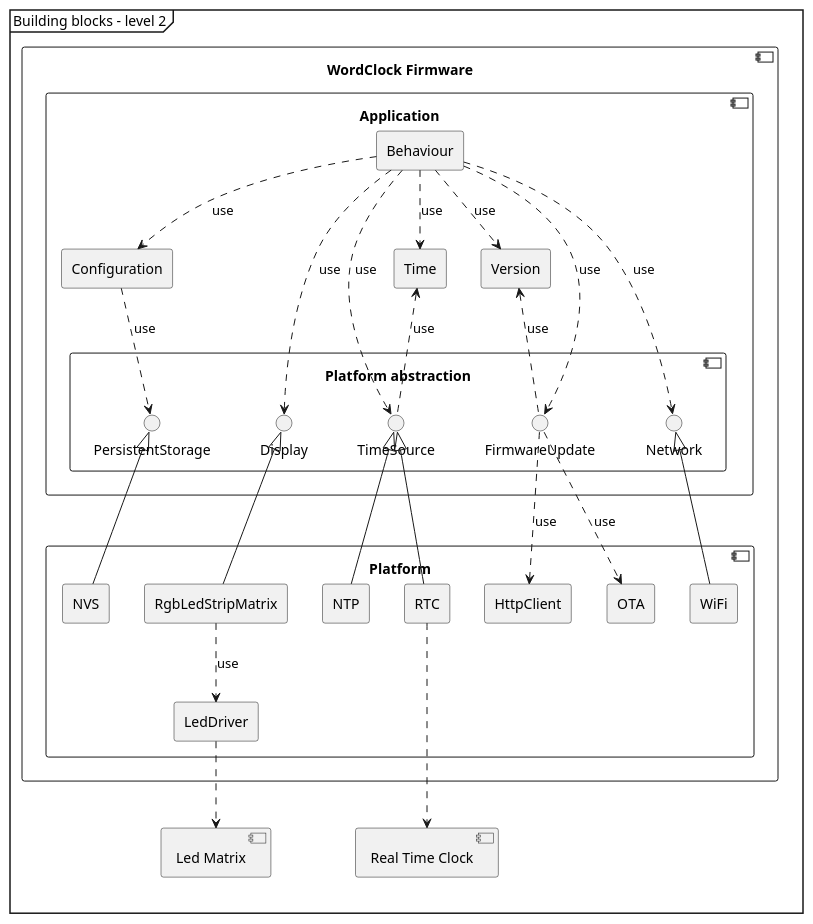
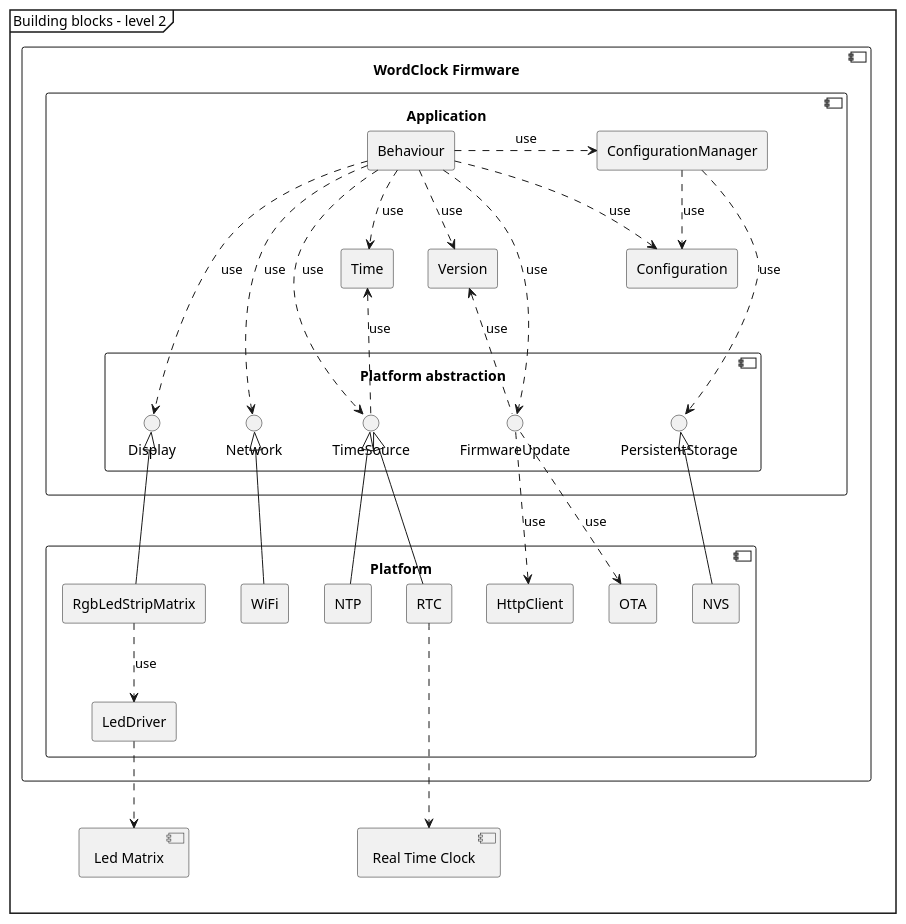
Before and after one commit to lmayencourt/wordclock: the diagram in doc/uml/2_solution_description/system_structure/building_blocks_lvl_2.puml, drawn with PlantUML. The commit also changed 4 other files, not shown here.

```diff
--- a/doc/uml/2_solution_description/system_structure/building_blocks_lvl_2.puml
+++ b/doc/uml/2_solution_description/system_structure/building_blocks_lvl_2.puml
@@ -1,58 +1,61 @@
 @startuml
 mainframe Building blocks - level 2
 
 component "WordClock Firmware" as clk_fw{
     component Application {
         rectangle Behaviour
         rectangle Configuration
+        rectangle ConfigurationManager
         rectangle Version
         rectangle Time
 
         component "Platform abstraction" as pal {
             interface Display
             interface PersistentStorage
             interface Network
             interface TimeSource
             interface FirmwareUpdate
         }
     }
 
     component Platform {
         rectangle RgbLedStripMatrix
         rectangle LedDriver
         rectangle NTP
         rectangle RTC
         rectangle NVS
         rectangle WiFi
         rectangle HttpClient
         rectangle OTA
     }
 }
 
 component "Real Time Clock" as Rtc
 component "Led Matrix" as Led_matrix
 
 Behaviour .> Configuration: use
+Behaviour .> ConfigurationManager: use
 Behaviour .> Time: use
 Behaviour ..> Network: use
 Behaviour ..> Display: use
 Behaviour ..> Version: use
 Behaviour ..> FirmwareUpdate: use
 Behaviour ..> TimeSource: use
 Time <.. TimeSource: use
-Configuration ..> PersistentStorage: use
+ConfigurationManager ..> PersistentStorage: use
+ConfigurationManager ..> Configuration: use
 Version <.. FirmwareUpdate: use
 
 Display <|-- RgbLedStripMatrix
 RgbLedStripMatrix ..> LedDriver: use
 PersistentStorage <|-- NVS
 Network <|-- WiFi
 TimeSource <|-- NTP
 TimeSource <|-- RTC
 FirmwareUpdate ..> OTA: use
 FirmwareUpdate ..> HttpClient: use
 
 RTC ...> Rtc
 LedDriver ..> Led_matrix
 
 @enduml
```
